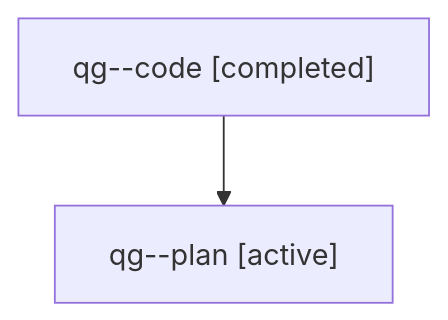
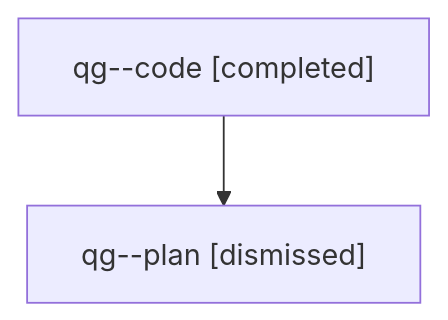
The diagram in sessions/bbugyi200.athena.qg.md (sase-org/sase--agents), drawn with Mermaid before and after one commit. The commit also changed other lines of this file and 36 other files, not shown here.

````diff
--- a/sessions/bbugyi200.athena.qg.md
+++ b/sessions/bbugyi200.athena.qg.md
@@ -9,6 +9,6 @@
 ```mermaid
 flowchart TD
   n0["qg--code [completed]"]
-  n1["qg--plan [active]"]
+  n1["qg--plan [dismissed]"]
   n0 --> n1
 ```
````
